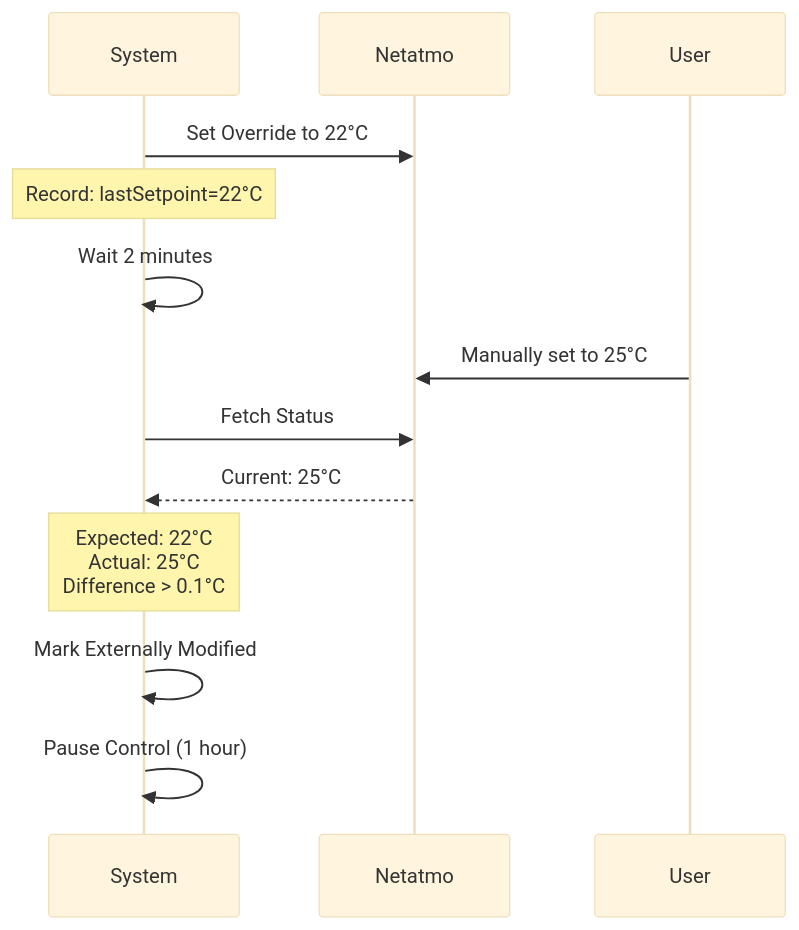
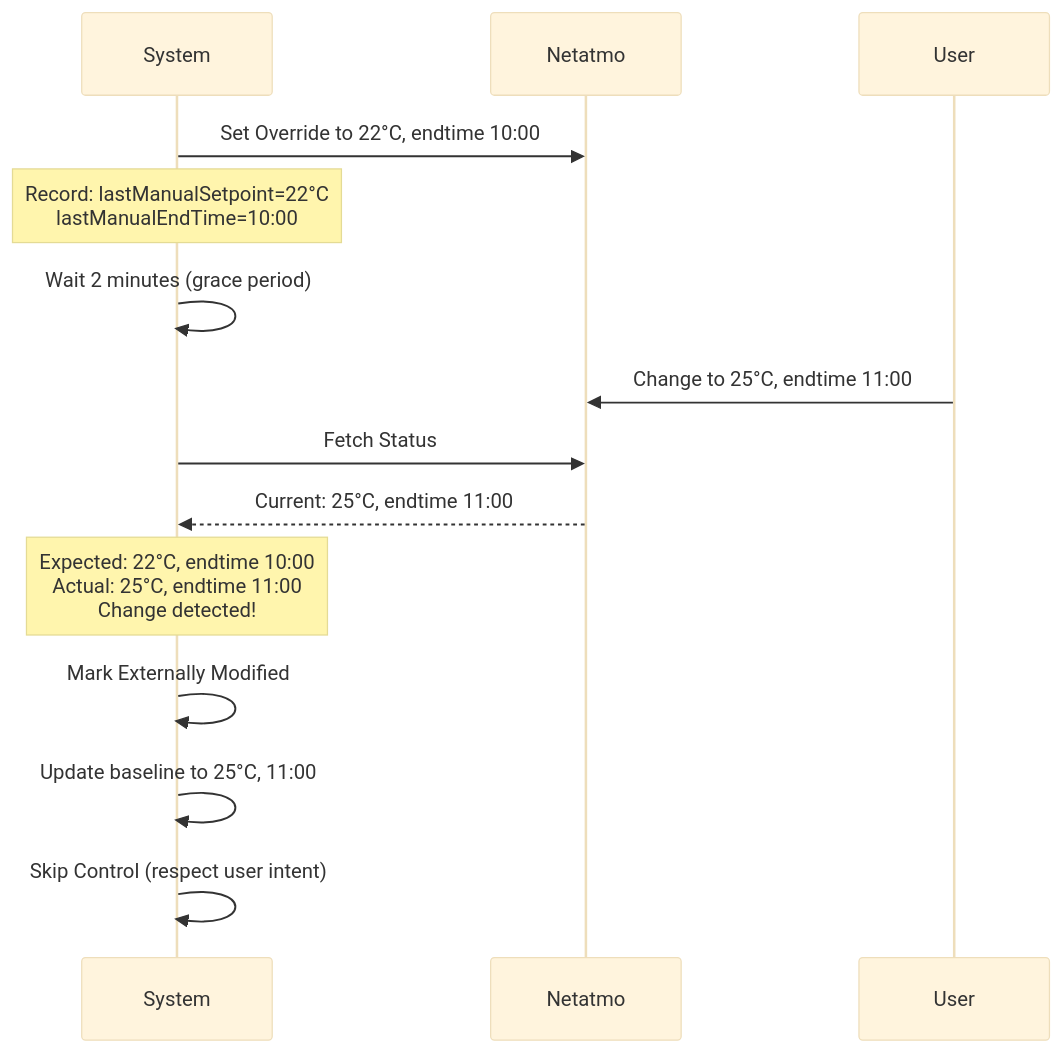
The seventh of 8 diagrams in home-controller/CONTROL_ALGORITHM.md (mjasion/balena-home), drawn with Mermaid (base theme) before and after one commit. The commit also changed other lines of this file and 7 other files, not shown here.

````diff
--- a/home-controller/CONTROL_ALGORITHM.md
+++ b/home-controller/CONTROL_ALGORITHM.md
@@ -332,19 +391,20 @@
 ```mermaid
 sequenceDiagram
     participant System
     participant Netatmo
     participant User
 
-    System->>Netatmo: Set Override to 22°C
-    Note over System: Record: lastSetpoint=22°C
-    System->>System: Wait 2 minutes
+    System->>Netatmo: Set Override to 22°C, endtime 10:00
+    Note over System: Record: lastManualSetpoint=22°C<br/>lastManualEndTime=10:00
+    System->>System: Wait 2 minutes (grace period)
 
-    User->>Netatmo: Manually set to 25°C
+    User->>Netatmo: Change to 25°C, endtime 11:00
 
     System->>Netatmo: Fetch Status
-    Netatmo-->>System: Current: 25°C
+    Netatmo-->>System: Current: 25°C, endtime 11:00
 
-    Note over System: Expected: 22°C<br/>Actual: 25°C<br/>Difference > 0.1°C
+    Note over System: Expected: 22°C, endtime 10:00<br/>Actual: 25°C, endtime 11:00<br/>Change detected!
     System->>System: Mark Externally Modified
-    System->>System: Pause Control (1 hour)
+    System->>System: Update baseline to 25°C, 11:00
+    System->>System: Skip Control (respect user intent)
 ```
````
